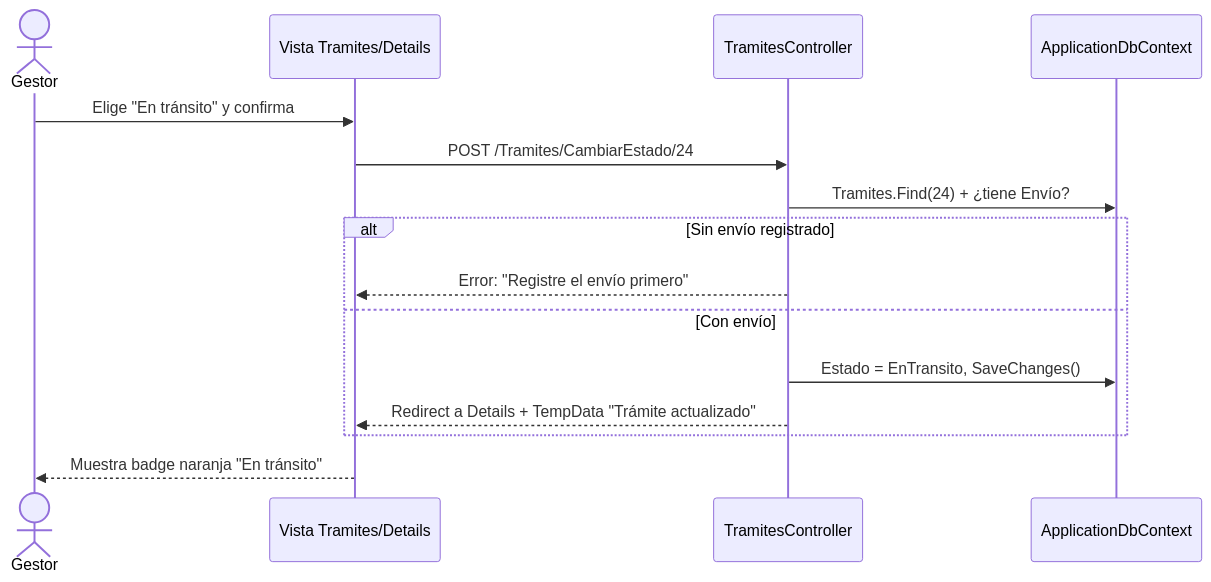
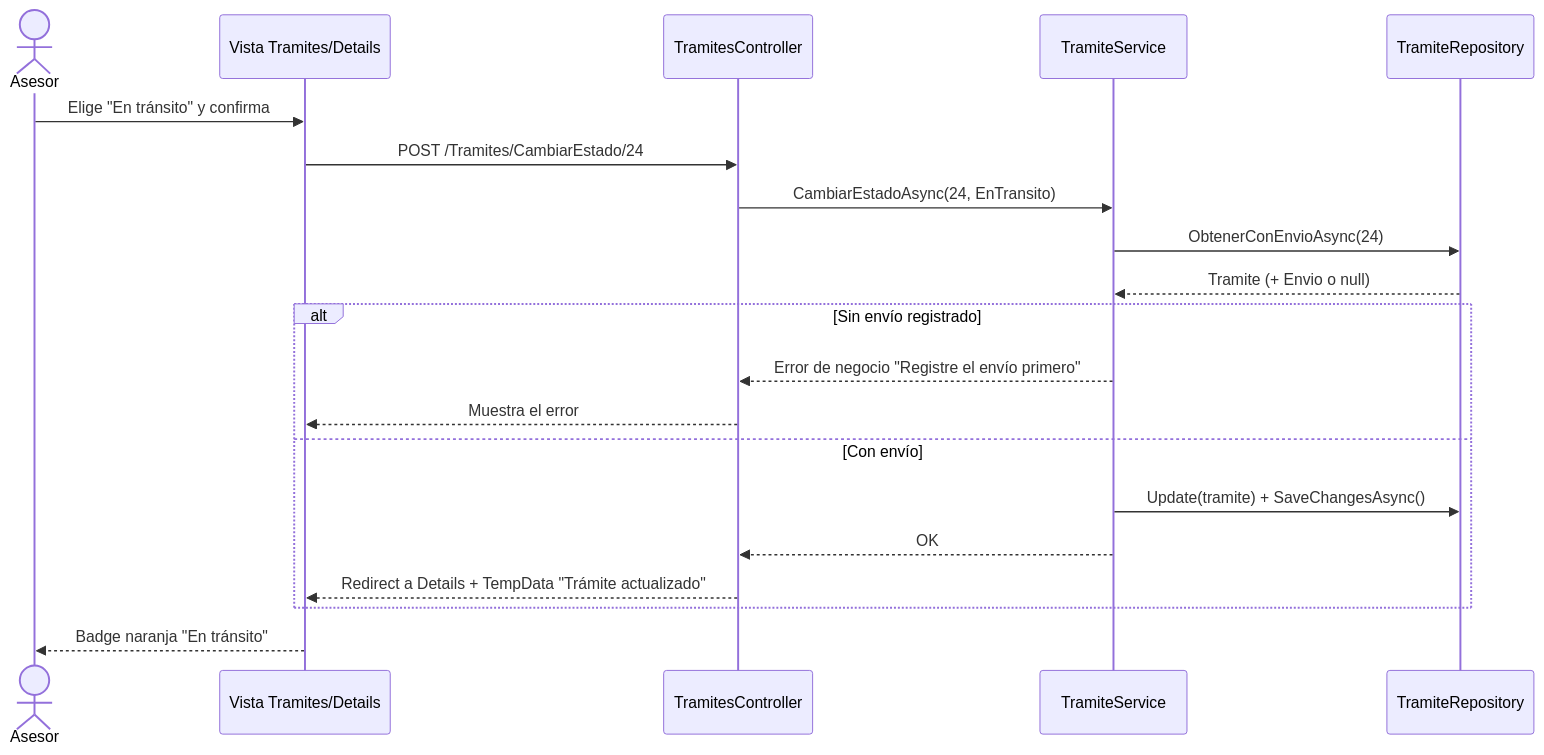
Before and after one commit to Androx2000/AliadaLegal-DAS901: the third of 5 diagrams in docs/arquitectura/diagrama-mvc.md, drawn with Mermaid. The commit also changed other lines of this file and 1 other file, not shown here.

Commit message:
Corrige arquitectura: capas Servicios/Repositorios y envío opcional por trámite

````diff
--- a/docs/arquitectura/diagrama-mvc.md
+++ b/docs/arquitectura/diagrama-mvc.md
@@ -24,17 +86,22 @@
 ```mermaid
 sequenceDiagram
-    actor G as Gestor
+    actor A as Asesor
     participant V as Vista Tramites/Details
     participant C as TramitesController
-    participant DB as ApplicationDbContext
-    G->>V: Elige "En tránsito" y confirma
+    participant S as TramiteService
+    participant R as TramiteRepository
+    A->>V: Elige "En tránsito" y confirma
     V->>C: POST /Tramites/CambiarEstado/24
-    C->>DB: Tramites.Find(24) + ¿tiene Envío?
+    C->>S: CambiarEstadoAsync(24, EnTransito)
+    S->>R: ObtenerConEnvioAsync(24)
+    R-->>S: Tramite (+ Envio o null)
     alt Sin envío registrado
-        C-->>V: Error: "Registre el envío primero"
+        S-->>C: Error de negocio "Registre el envío primero"
+        C-->>V: Muestra el error
     else Con envío
-        C->>DB: Estado = EnTransito, SaveChanges()
+        S->>R: Update(tramite) + SaveChangesAsync()
+        S-->>C: OK
         C-->>V: Redirect a Details + TempData "Trámite actualizado"
     end
-    V-->>G: Muestra badge naranja "En tránsito"
+    V-->>A: Badge naranja "En tránsito"
 ```
````
